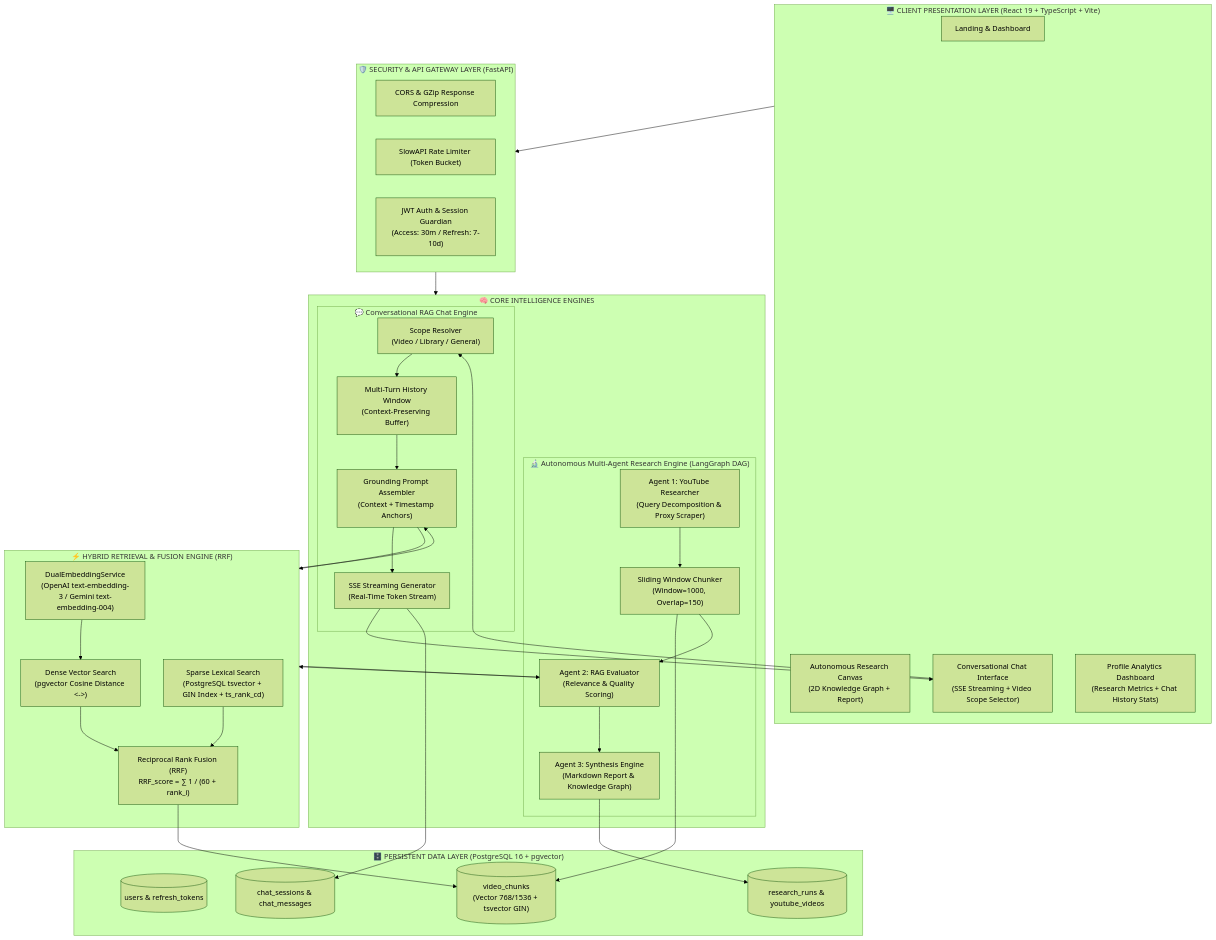
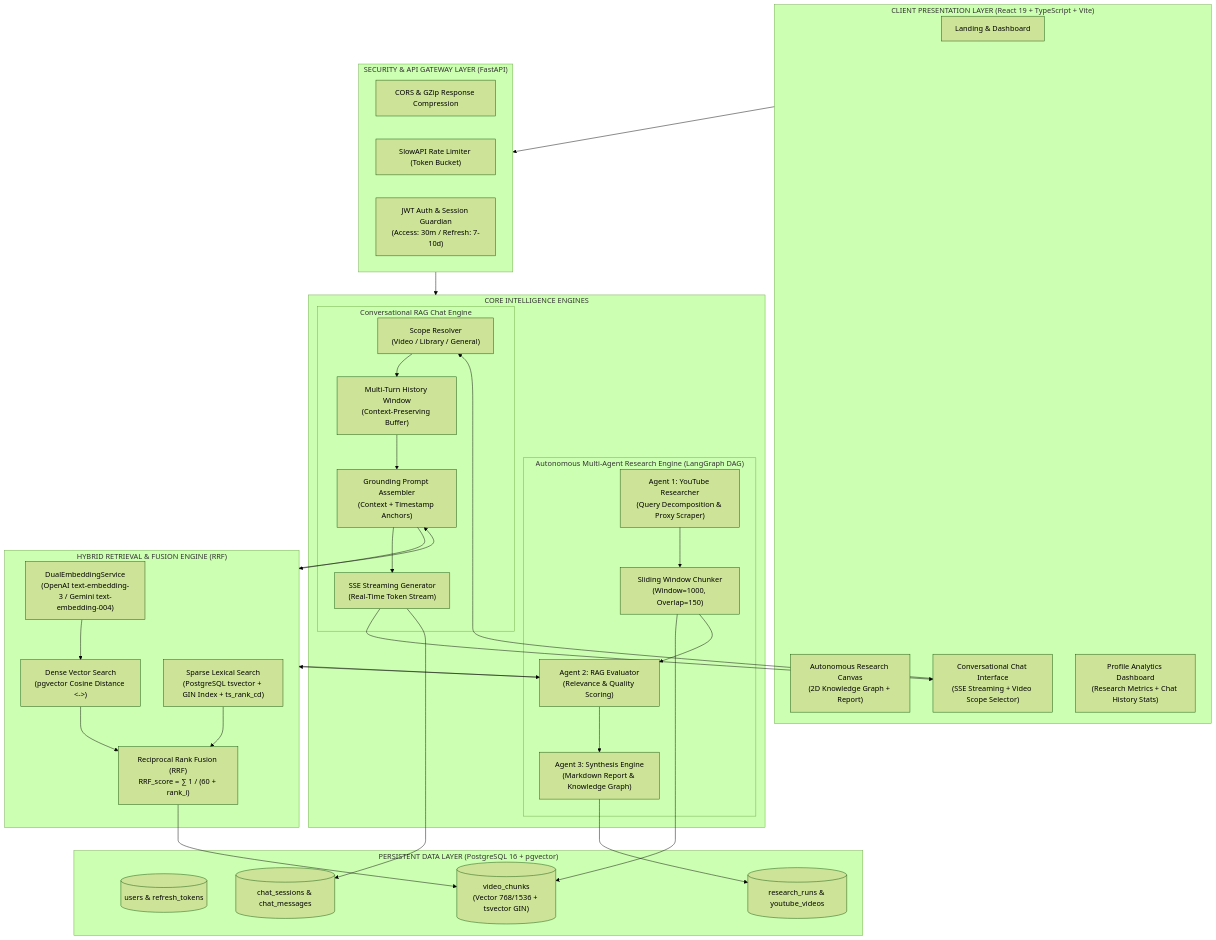
Before and after one commit to saketjha34/ResearchTube: the first of 4 diagrams in README.md, drawn with Mermaid (forest theme). The commit also changed other lines of this file, not shown here.

````diff
--- a/README.md
+++ b/README.md
@@ -44,73 +43,73 @@
 ```mermaid
 flowchart TD
-    subgraph Client["🖥️ CLIENT PRESENTATION LAYER (React 19 + TypeScript + Vite)"]
+    subgraph Client[" CLIENT PRESENTATION LAYER (React 19 + TypeScript + Vite)"]
         UI_Home["Landing & Dashboard"]
         UI_Research["Autonomous Research Canvas\n(2D Knowledge Graph + Report)"]
         UI_Chat["Conversational Chat Interface\n(SSE Streaming + Video Scope Selector)"]
         UI_Profile["Profile Analytics Dashboard\n(Research Metrics + Chat History Stats)"]
     end
 
-    subgraph Security["🛡️ SECURITY & API GATEWAY LAYER (FastAPI)"]
+    subgraph Security[" SECURITY & API GATEWAY LAYER (FastAPI)"]
         CORS["CORS & GZip Response Compression"]
         RateLimit["SlowAPI Rate Limiter (Token Bucket)"]
         JWT["JWT Auth & Session Guardian\n(Access: 30m / Refresh: 7-10d)"]
     end
 
-    subgraph DualEngines["🧠 CORE INTELLIGENCE ENGINES"]
-        subgraph ResearchEngine["🔬 Autonomous Multi-Agent Research Engine (LangGraph DAG)"]
+    subgraph DualEngines[" CORE INTELLIGENCE ENGINES"]
+        subgraph ResearchEngine[" Autonomous Multi-Agent Research Engine (LangGraph DAG)"]
             AG1["Agent 1: YouTube Researcher\n(Query Decomposition & Proxy Scraper)"]
             Chunker["Sliding Window Chunker\n(Window=1000, Overlap=150)"]
             AG2["Agent 2: RAG Evaluator\n(Relevance & Quality Scoring)"]
             AG3["Agent 3: Synthesis Engine\n(Markdown Report & Knowledge Graph)"]
         end
 
-        subgraph ChatEngine["💬 Conversational RAG Chat Engine"]
+        subgraph ChatEngine[" Conversational RAG Chat Engine"]
             ScopeHandler["Scope Resolver\n(Video / Library / General)"]
             HistoryBuffer["Multi-Turn History Window\n(Context-Preserving Buffer)"]
             PromptAssembler["Grounding Prompt Assembler\n(Context + Timestamp Anchors)"]
             SSEStream["SSE Streaming Generator\n(Real-Time Token Stream)"]
         end
     end
 
-    subgraph HybridEngine["⚡ HYBRID RETRIEVAL & FUSION ENGINE (RRF)"]
+    subgraph HybridEngine[" HYBRID RETRIEVAL & FUSION ENGINE (RRF)"]
         DualEmbed["DualEmbeddingService\n(OpenAI text-embedding-3 / Gemini text-embedding-004)"]
         DenseSearch["Dense Vector Search\n(pgvector Cosine Distance <->)"]
         BM25Search["Sparse Lexical Search\n(PostgreSQL tsvector + GIN Index + ts_rank_cd)"]
         RRF["Reciprocal Rank Fusion (RRF)\nRRF_score = ∑ 1 / (60 + rank_i)"]
     end
 
-    subgraph Storage["🗄️ PERSISTENT DATA LAYER (PostgreSQL 16 + pgvector)"]
+    subgraph Storage[" PERSISTENT DATA LAYER (PostgreSQL 16 + pgvector)"]
         DB_Users[("users & refresh_tokens")]
         DB_Research[("research_runs & youtube_videos")]
         DB_Chunks[("video_chunks\n(Vector 768/1536 + tsvector GIN)")]
         DB_Chat[("chat_sessions & chat_messages")]
     end
 
     Client --> Security
     Security --> DualEngines
 
     %% Research Flow
     AG1 --> Chunker
     Chunker --> DB_Chunks
     Chunker --> AG2
     AG2 --> HybridEngine
     HybridEngine --> AG2
     AG2 --> AG3
     AG3 --> DB_Research
 
     %% Chat Flow
     UI_Chat --> ScopeHandler
     ScopeHandler --> HistoryBuffer
     HistoryBuffer --> PromptAssembler
     PromptAssembler --> HybridEngine
     HybridEngine --> PromptAssembler
     PromptAssembler --> SSEStream
     SSEStream --> UI_Chat
     SSEStream --> DB_Chat
 
     %% Hybrid Search Flow
     DualEmbed --> DenseSearch
     DenseSearch --> RRF
     BM25Search --> RRF
     RRF --> DB_Chunks
 ```
````
